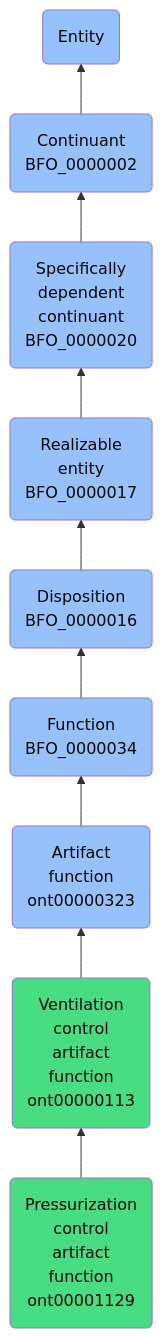
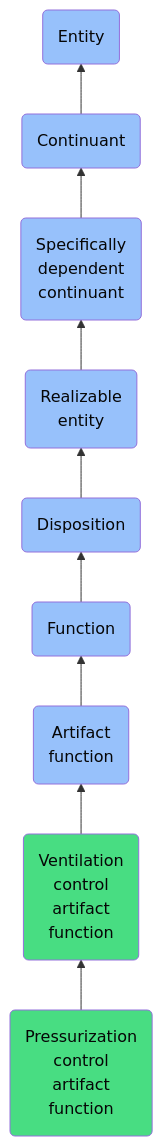
The diagram in docs/ontology/reference/model/Entity/Continuant/Specifically dependent continuant/Realizable entity/Disposition/Function/Artifact function/Ventilation control artifact function/Pressurization control artifact function/Pressurization control artifact function.md (jupyter-naas/abi), drawn with Mermaid before and after one commit. The commit also changed other lines of this file and 1430 other files, not shown here.

````diff
--- a/docs/ontology/reference/model/Entity/Continuant/Specifically dependent continuant/Realizable entity/Disposition/Function/Artifact function/Ventilation control artifact function/Pressurization control artifact function/Pressurization control artifact function.md
+++ b/docs/ontology/reference/model/Entity/Continuant/Specifically dependent continuant/Realizable entity/Disposition/Function/Artifact function/Ventilation control artifact function/Pressurization control artifact function/Pressurization control artifact function.md
@@ -24,16 +24,16 @@
 ```mermaid
 graph BT
-    ont00001129(Pressurization<br>control<br>artifact<br>function<br>ont00001129):::ABI-->ont00000113
-    ont00000113(Ventilation<br>control<br>artifact<br>function<br>ont00000113):::ABI-->ont00000323
-    ont00000323(Artifact<br>function<br>ont00000323):::BFO-->BFO_0000034
-    BFO_0000034(Function<br>BFO_0000034):::BFO-->BFO_0000016
-    BFO_0000016(Disposition<br>BFO_0000016):::BFO-->BFO_0000017
-    BFO_0000017(Realizable<br>entity<br>BFO_0000017):::BFO-->BFO_0000020
-    BFO_0000020(Specifically<br>dependent<br>continuant<br>BFO_0000020):::BFO-->BFO_0000002
-    BFO_0000002(Continuant<br>BFO_0000002):::BFO-->BFO_0000001
+    ont00001129(Pressurization<br>control<br>artifact<br>function):::ABI-->ont00000113
+    ont00000113(Ventilation<br>control<br>artifact<br>function):::ABI-->ont00000323
+    ont00000323(Artifact<br>function):::BFO-->BFO_0000034
+    BFO_0000034(Function):::BFO-->BFO_0000016
+    BFO_0000016(Disposition):::BFO-->BFO_0000017
+    BFO_0000017(Realizable<br>entity):::BFO-->BFO_0000020
+    BFO_0000020(Specifically<br>dependent<br>continuant):::BFO-->BFO_0000002
+    BFO_0000002(Continuant):::BFO-->BFO_0000001
     BFO_0000001(Entity):::BFO
     
     classDef BFO fill:#97c1fb,color:#060606
     classDef CCO fill:#e4c51e,color:#060606
     classDef ABI fill:#48DD82,color:#060606
 ```
````
